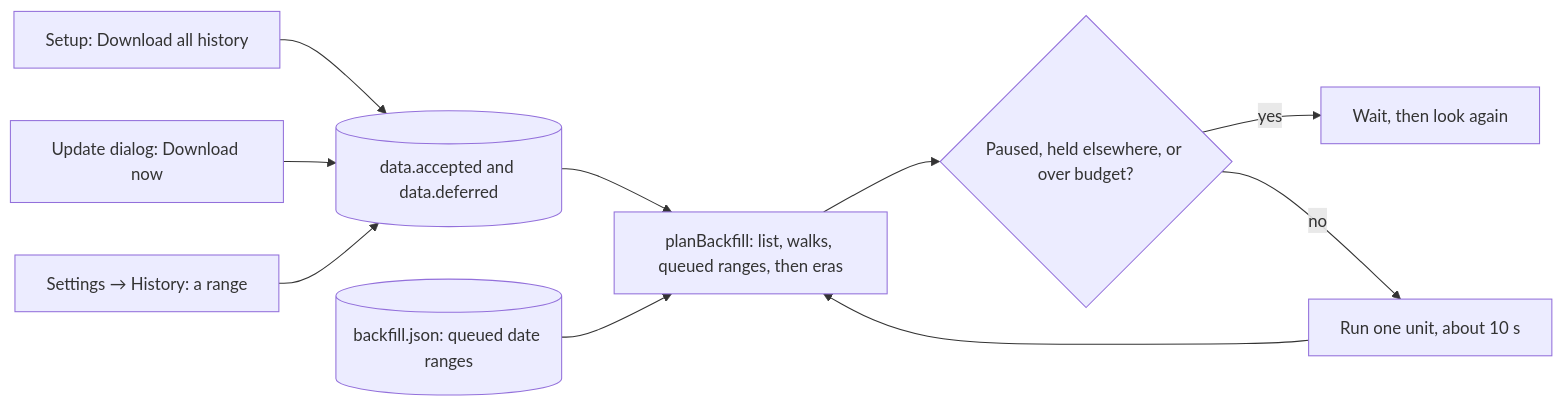
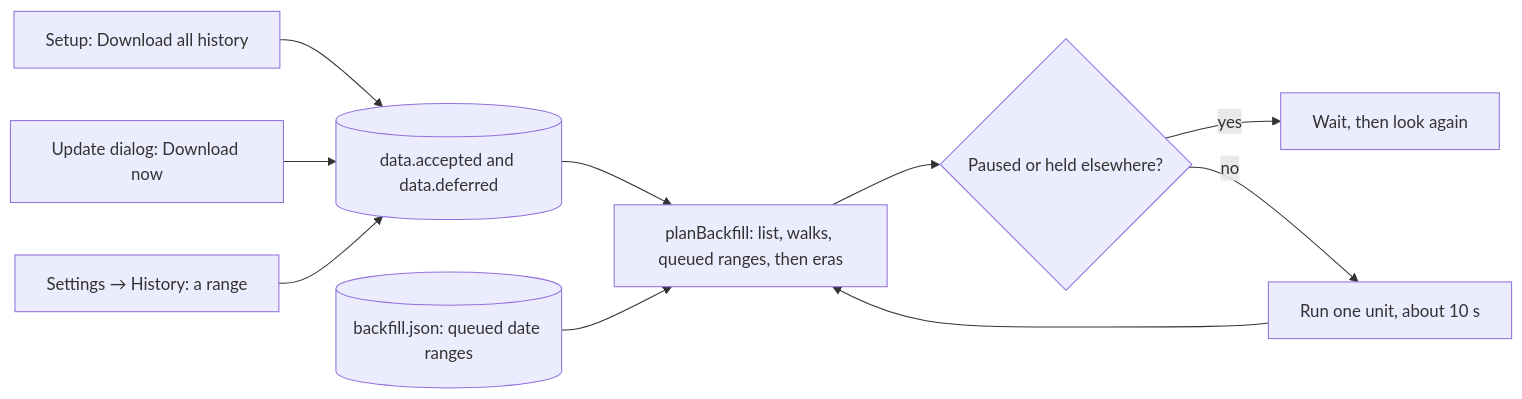
Before and after one commit to tareqayz/Obsidian-Garmin-Connect: the fourth of 4 diagrams in docs/architecture.md, drawn with Mermaid. The commit also changed other lines of this file and 26 other files, not shown here.

````diff
--- a/docs/architecture.md
+++ b/docs/architecture.md
@@ -333,12 +333,12 @@
 ```mermaid
 flowchart LR
   setup["Setup: Download all history"] --> ledger[("data.accepted and data.deferred")]
   dialog["Update dialog: Download now"] --> ledger
   choice["Settings → History: a range"] --> ledger
   ledger --> plan["planBackfill: list, walks, queued ranges, then eras"]
   queue[("backfill.json: queued date ranges")] --> plan
-  plan --> checks{"Paused, held elsewhere, or over budget?"}
+  plan --> checks{"Paused or held elsewhere?"}
   checks -->|yes| wait["Wait, then look again"]
   checks -->|no| unit["Run one unit, about 10 s"]
   unit --> plan
 ```
````
